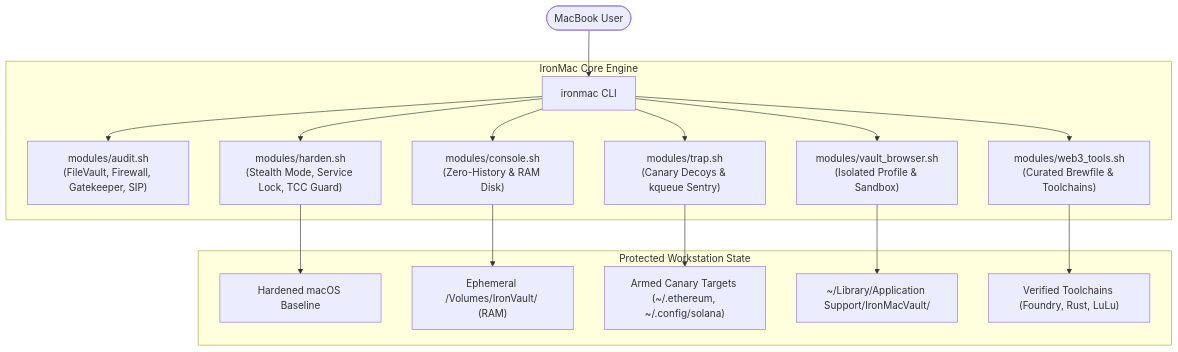
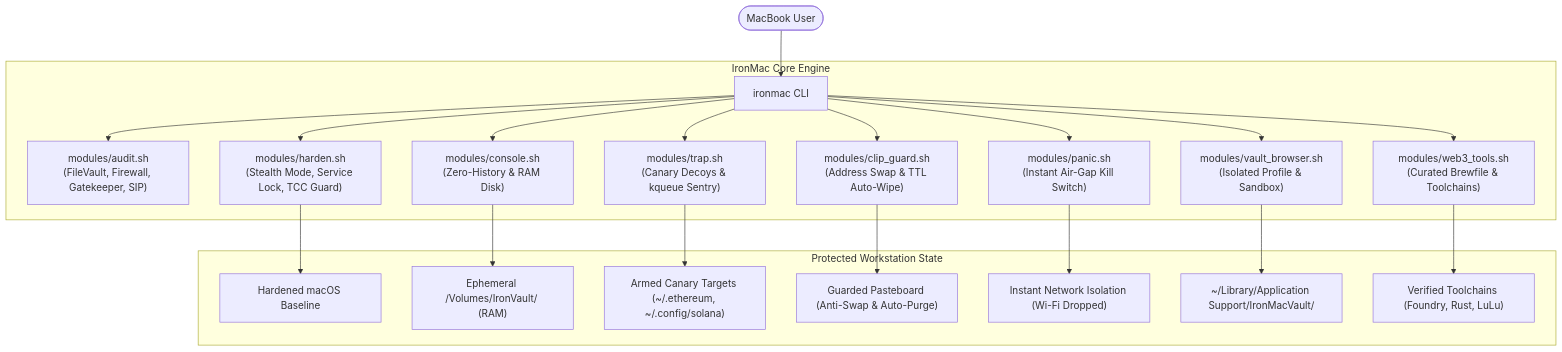
The diagram in README.md (0xaicrypto/ironmac), drawn with Mermaid before and after one commit. The commit also changed other lines of this file and 4 other files, not shown here.

Commit message:
feat: add Clipboard Guard and Emergency Air-Gap Panic Protocol

````diff
--- a/README.md
+++ b/README.md
@@ -223,21 +264,25 @@
 ```mermaid
 flowchart TD
     User([MacBook User]) --> CLI["ironmac CLI"]
     
     subgraph "IronMac Core Engine"
         CLI --> Audit["modules/audit.sh<br/>(FileVault, Firewall, Gatekeeper, SIP)"]
         CLI --> Harden["modules/harden.sh<br/>(Stealth Mode, Service Lock, TCC Guard)"]
         CLI --> Console["modules/console.sh<br/>(Zero-History & RAM Disk)"]
         CLI --> Trap["modules/trap.sh<br/>(Canary Decoys & kqueue Sentry)"]
+        CLI --> ClipGuard["modules/clip_guard.sh<br/>(Address Swap & TTL Auto-Wipe)"]
+        CLI --> Panic["modules/panic.sh<br/>(Instant Air-Gap Kill Switch)"]
         CLI --> VaultBrowser["modules/vault_browser.sh<br/>(Isolated Profile & Sandbox)"]
         CLI --> Web3Tools["modules/web3_tools.sh<br/>(Curated Brewfile & Toolchains)"]
     end
     
     subgraph "Protected Workstation State"
         Harden --> SecOS["Hardened macOS Baseline"]
         Console --> RAMSpace["Ephemeral /Volumes/IronVault/ (RAM)"]
         Trap --> Tripwire["Armed Canary Targets (~/.ethereum, ~/.config/solana)"]
+        ClipGuard --> Pasteboard["Guarded Pasteboard (Anti-Swap & Auto-Purge)"]
+        Panic --> AirGap["Instant Network Isolation (Wi-Fi Dropped)"]
         VaultBrowser --> IsolatedData["~/Library/Application Support/IronMacVault/"]
         Web3Tools --> DevEnv["Verified Toolchains (Foundry, Rust, LuLu)"]
     end
 ```
````
